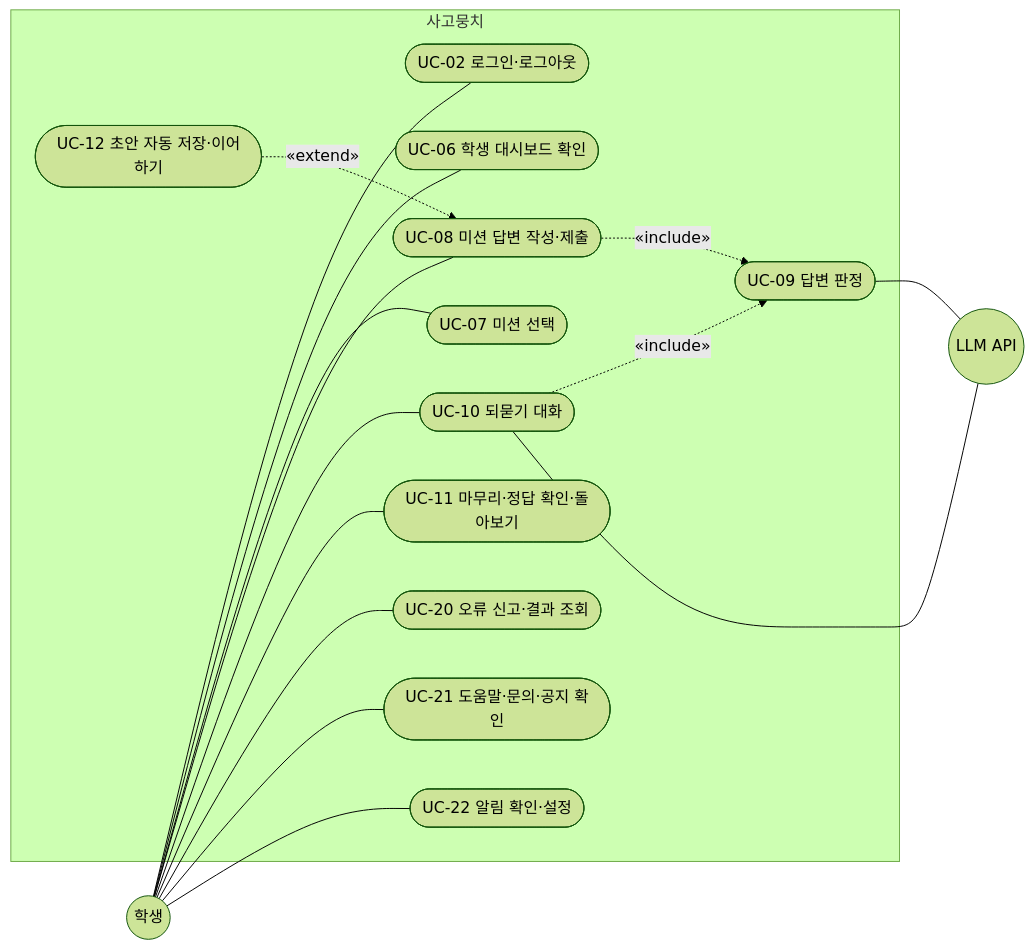
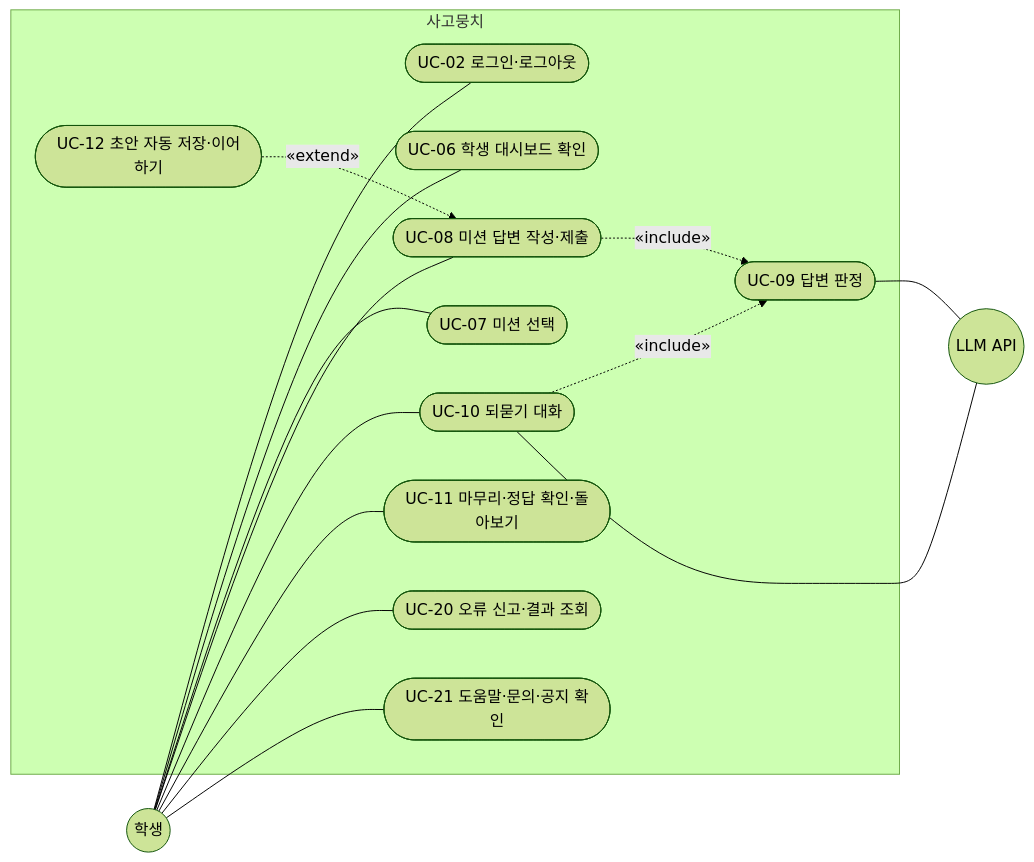
The second of 5 diagrams in docs/design/usecase.md (SKNETWORKS-FAMILY-AICAMP/SKN34-FINAL-3TEAM), drawn with Mermaid (forest theme) before and after one commit. The commit also changed other lines of this file and 63 other files, not shown here.

````diff
--- a/docs/design/usecase.md
+++ b/docs/design/usecase.md
@@ -63,34 +63,32 @@
 ```mermaid
 flowchart LR
   STU(("학생"))
   LLM(("LLM API"))
 
   subgraph SYS["사고뭉치"]
     UC02(["UC-02 로그인·로그아웃"])
     UC06(["UC-06 학생 대시보드 확인"])
     UC07(["UC-07 미션 선택"])
     UC08(["UC-08 미션 답변 작성·제출"])
     UC09(["UC-09 답변 판정"])
     UC10(["UC-10 되묻기 대화"])
     UC11(["UC-11 마무리·정답 확인·돌아보기"])
     UC12(["UC-12 초안 자동 저장·이어하기"])
     UC20(["UC-20 오류 신고·결과 조회"])
     UC21(["UC-21 도움말·문의·공지 확인"])
-    UC22(["UC-22 알림 확인·설정"])
   end
 
   STU --- UC02
   STU --- UC06
   STU --- UC07
   STU --- UC08
   STU --- UC10
   STU --- UC11
   STU --- UC20
   STU --- UC21
-  STU --- UC22
   UC08 -.->|"«include»"| UC09
   UC10 -.->|"«include»"| UC09
   UC12 -.->|"«extend»"| UC08
   UC09 --- LLM
   UC10 --- LLM
 ```
````
